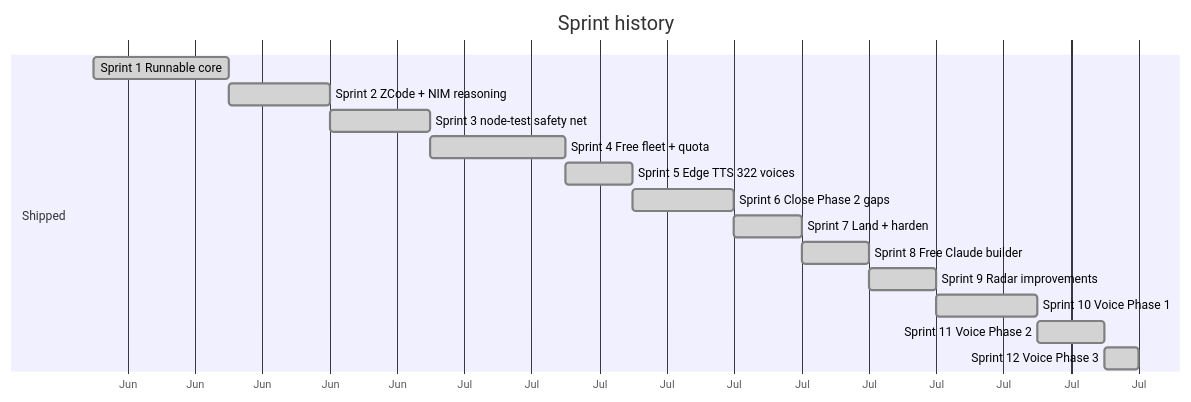
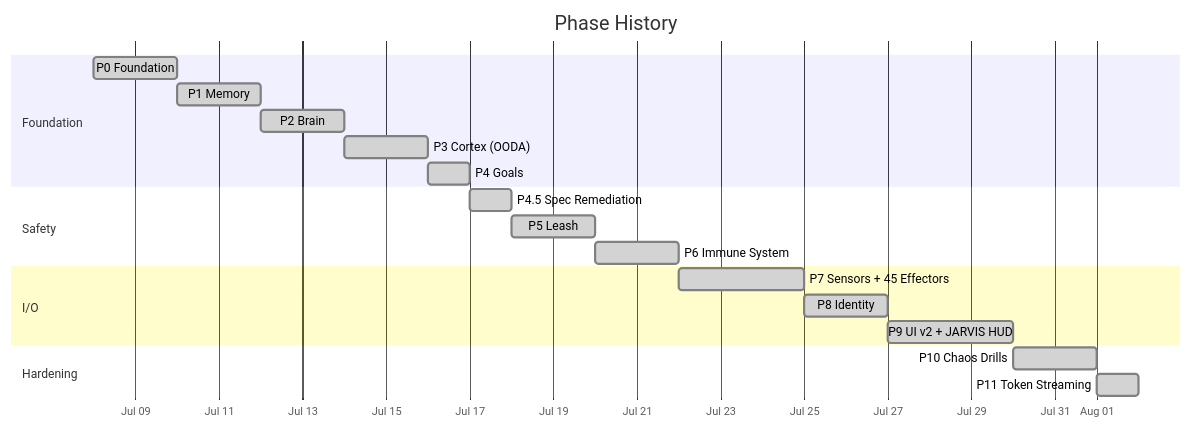
Before and after one commit to HailLucifer666/Agent_OS: the tenth of 10 diagrams in README.md, drawn with Mermaid. The commit also changed other lines of this file, not shown here.

Commit message:
docs: rewrite README for MYTHOS — architecture, OODA, brain chain, immune system, deploy guide, 402 tests, 20 phases, mermaid diagrams

````diff
--- a/README.md
+++ b/README.md
@@ -316,19 +516,23 @@
 ```mermaid
 gantt
-    title Sprint history
+    title Phase History
     dateFormat YYYY-MM-DD
-    axisFormat %b
-    section Shipped
-    Sprint 1 Runnable core          :done, s1, 2026-06-20, 4d
-    Sprint 2 ZCode + NIM reasoning  :done, s2, after s1, 3d
-    Sprint 3 node-test safety net   :done, s3, after s2, 3d
-    Sprint 4 Free fleet + quota     :done, s4, after s3, 4d
-    Sprint 5 Edge TTS 322 voices    :done, s5, after s4, 2d
-    Sprint 6 Close Phase 2 gaps     :done, s6, after s5, 3d
-    Sprint 7 Land + harden          :done, s7, after s6, 2d
-    Sprint 8 Free Claude builder    :done, s8, after s7, 2d
-    Sprint 9 Radar improvements     :done, s9, after s8, 2d
-    Sprint 10 Voice Phase 1         :done, s10, after s9, 3d
-    Sprint 11 Voice Phase 2         :done, s11, after s10, 2d
-    Sprint 12 Voice Phase 3         :done, s12, after s11, 1d
+    axisFormat %b %d
+    section Foundation
+    P0 Foundation               :done, p0, 2026-07-08, 2d
+    P1 Memory                  :done, p1, after p0, 2d
+    P2 Brain                   :done, p2, after p1, 2d
+    P3 Cortex (OODA)          :done, p3, after p2, 2d
+    P4 Goals                   :done, p4, after p3, 1d
+    section Safety
+    P4.5 Spec Remediation      :done, p4b, after p4, 1d
+    P5 Leash                   :done, p5, after p4b, 2d
+    P6 Immune System           :done, p6, after p5, 2d
+    section I/O
+    P7 Sensors + 45 Effectors  :done, p7, after p6, 3d
+    P8 Identity                :done, p8, after p7, 2d
+    P9 UI v2 + JARVIS HUD     :done, p9, after p8, 3d
+    section Hardening
+    P10 Chaos Drills          :done, p10, after p9, 2d
+    P11 Token Streaming       :done, p11, after p10, 1d
 ```
````
